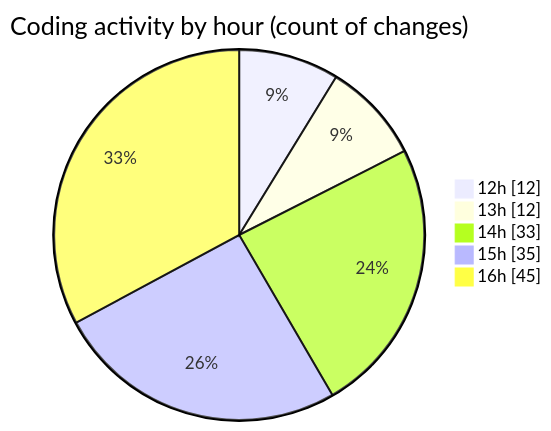
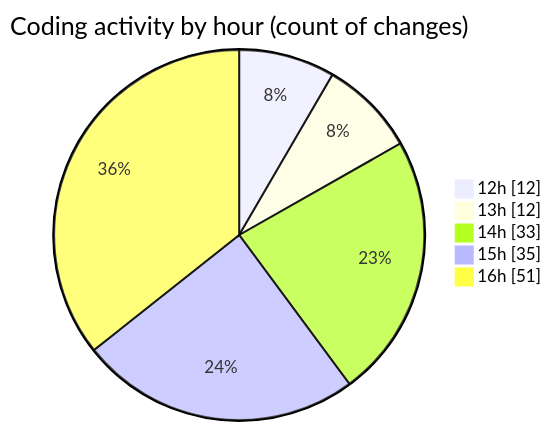
One commit to momahboobian/code-tracking changed the second of 2 diagrams in 2025-09-24/cda/README.md. Above: the diagram before and after it, drawn with Mermaid. The commit also changed other lines of this file and 1 other file, not shown here.

````diff
--- a/2025-09-24/cda/README.md
+++ b/2025-09-24/cda/README.md
@@ -40,9 +41,9 @@
 ```mermaid
 pie showData
 title Coding activity by hour (count of changes)
 "12h" : 12
 "13h" : 12
 "14h" : 33
 "15h" : 35
-"16h" : 45
+"16h" : 51
 ```
````
